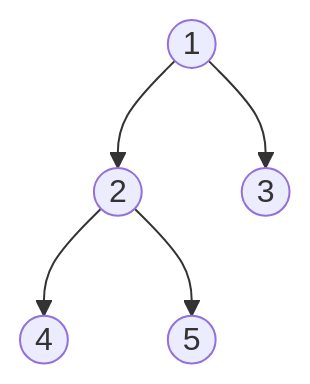
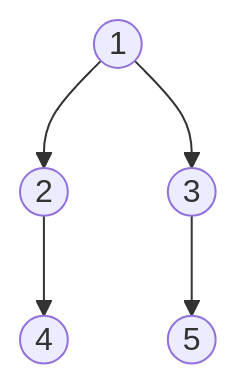
One commit to YOAyes/iodraw-files changed the diagram in all/未命名-10.md. Above: the diagram before and after it, drawn with Mermaid.

Commit message:
2025-06-17 14:18:00 update

````diff
--- a/all/未命名-10.md
+++ b/all/未命名-10.md
@@ -1,7 +1,7 @@
 ```mermaid
 graph TD
     A((1)) --> B((2))
     A --> C((3))
     B --> D((4))
-    B --> E((5))
+    C --> E((5))
 ```
````
